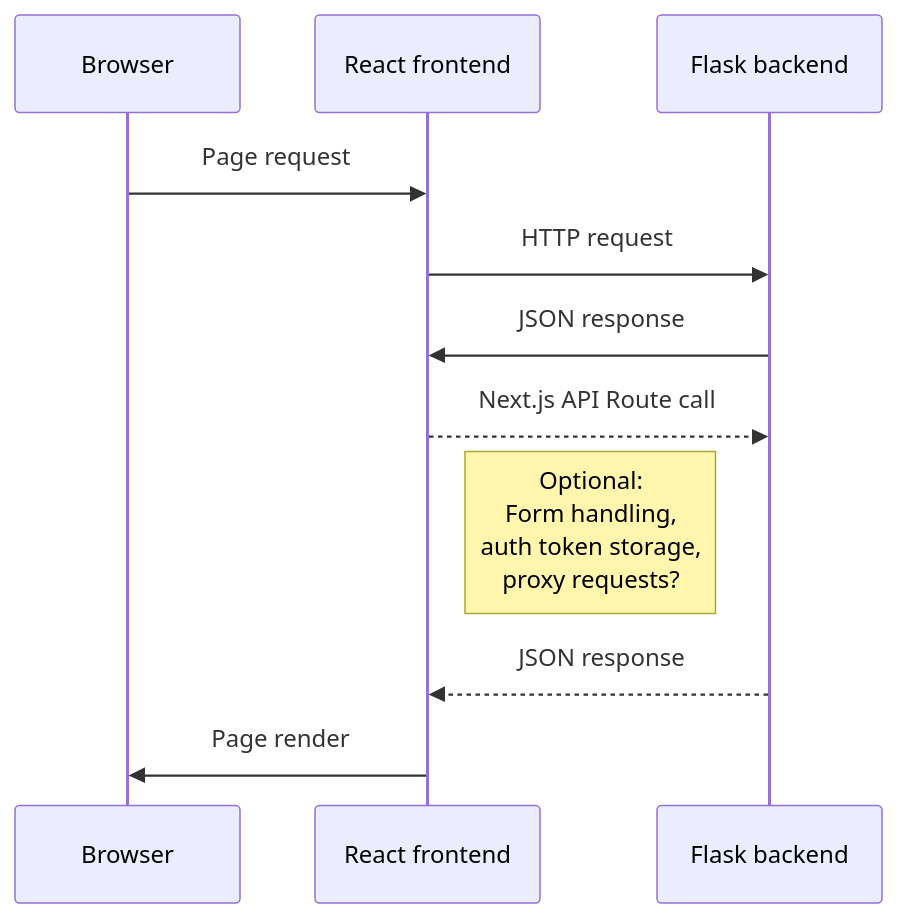
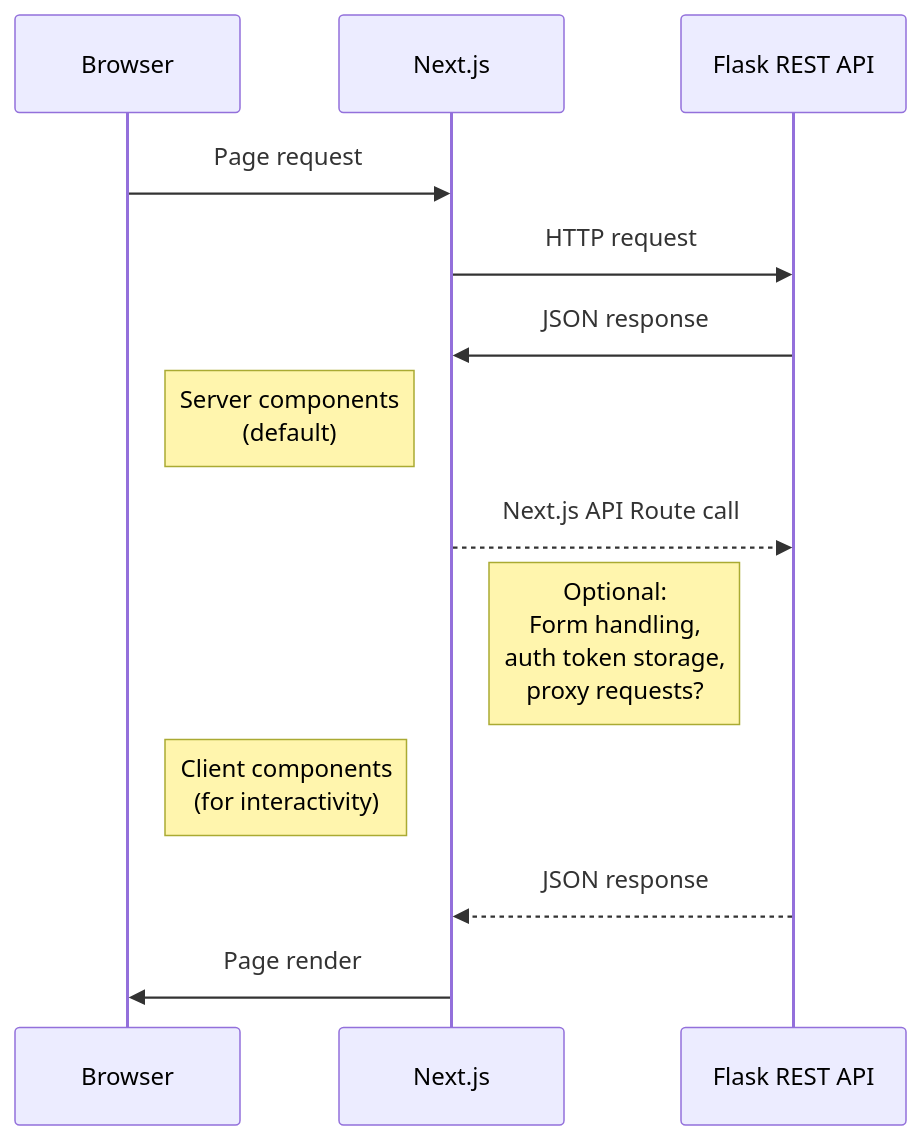
One commit to ohjelmistoprojekti-ii-reddit-app/reddit-app-frontend changed the diagram in README.md. Above: the diagram before and after it, drawn with Mermaid. The commit also changed other lines of this file, not shown here.

Commit message:
readme updated

````diff
--- a/README.md
+++ b/README.md
@@ -94,10 +108,12 @@
 ```mermaid
 sequenceDiagram
-    Browser ->> React frontend: Page request
-    React frontend->>Flask backend: HTTP request
-    Flask backend ->> React frontend: JSON response
-    React frontend-->>Flask backend: Next.js API Route call
-    Note right of React frontend: Optional:<br/>Form handling, <br/>auth token storage, <br/> proxy requests?
-    Flask backend -->> React frontend: JSON response
-    React frontend ->> Browser: Page render
+    Browser ->> Next.js: Page request
+    Next.js->> Flask REST API: HTTP request
+    Flask REST API ->> Next.js: JSON response
+    Note right of Browser: Server components<br/>(default)
+    Next.js -->>Flask REST API: Next.js API Route call
+    Note right of Next.js: Optional:<br/>Form handling, <br/>auth token storage, <br/> proxy requests?
+    Note right of Browser: Client components<br/>(for interactivity)
+    Flask REST API -->> Next.js: JSON response
+    Next.js ->> Browser: Page render
 ```
````
